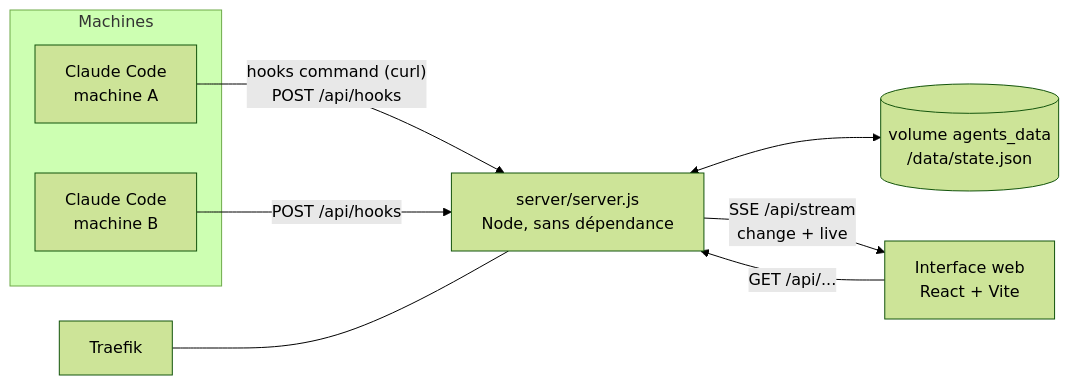
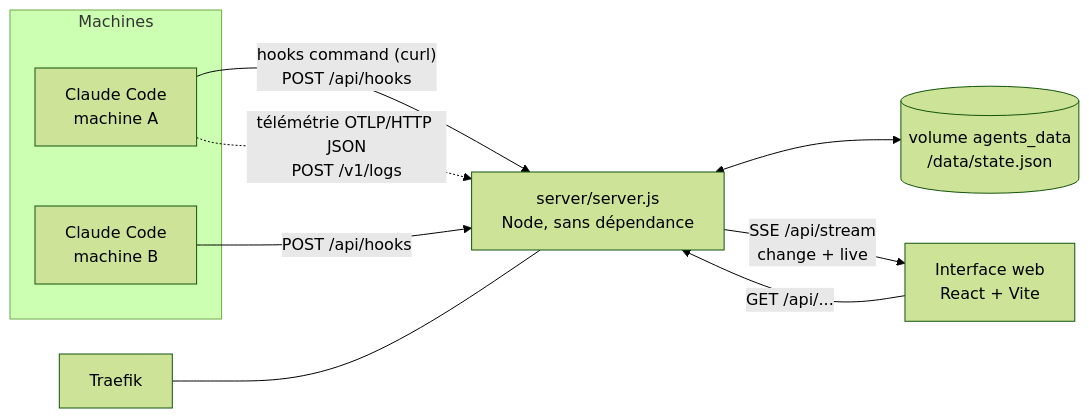
Before and after one commit to guillaumedelre/claude-agents-board: the diagram in README.md, drawn with Mermaid (forest theme). The commit also changed other lines of this file and 14 other files, not shown here.

````diff
--- a/README.md
+++ b/README.md
@@ -261,13 +292,14 @@
 ```mermaid
 flowchart LR
   subgraph Machines
     CC1[Claude Code<br/>machine A]
     CC2[Claude Code<br/>machine B]
   end
   CC1 -- "hooks command (curl)<br/>POST /api/hooks" --> S
   CC2 -- "POST /api/hooks" --> S
+  CC1 -. "télémétrie OTLP/HTTP JSON<br/>POST /v1/logs" .-> S
   S[server/server.js<br/>Node, sans dépendance] <--> V[(volume agents_data<br/>/data/state.json)]
   S -- "SSE /api/stream<br/>change + live" --> W[Interface web<br/>React + Vite]
   W -- "GET /api/..." --> S
   T[Traefik] --- S
 ```
````
